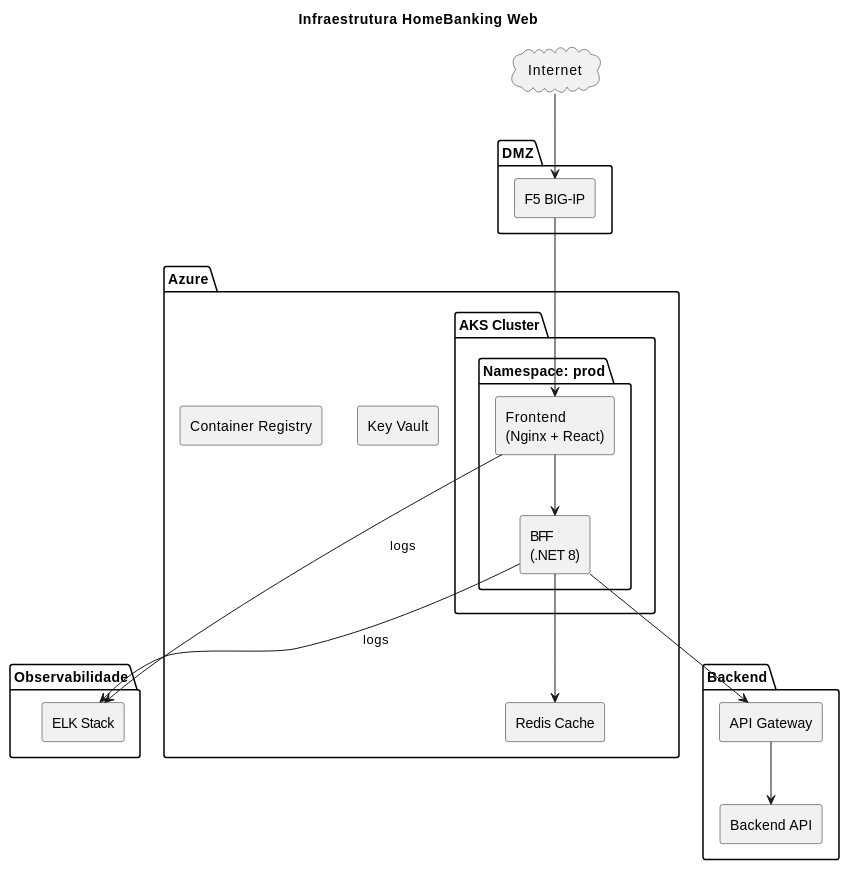
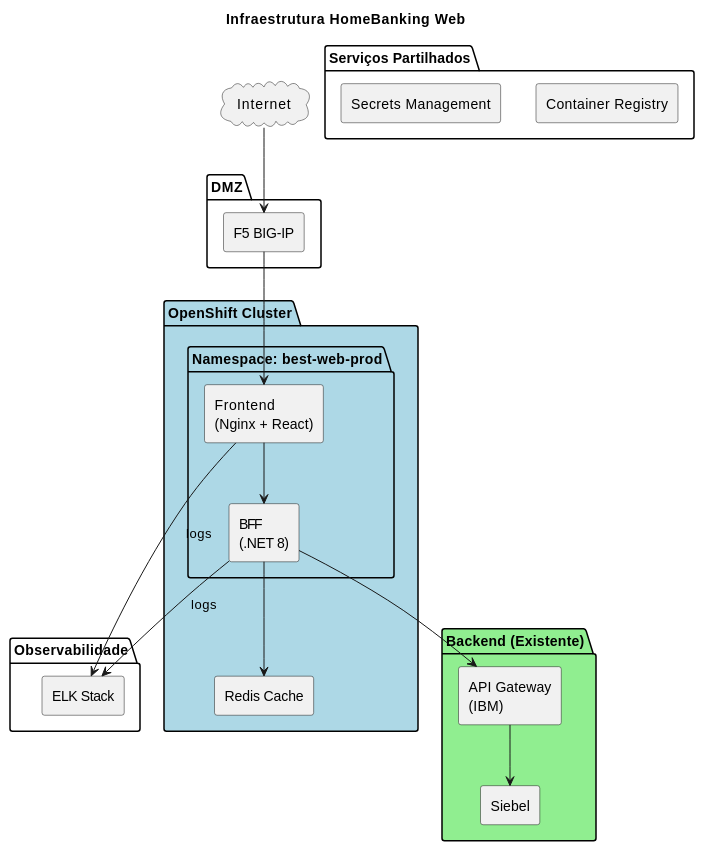
The diagram in current/sections/SEC-10-arquitetura-operacional.md (beduardo/novobanco_website_doc), drawn with PlantUML before and after one commit. The commit also changed other lines of this file, not shown here.

Commit message:
Openshift definido como cluster principal.

````diff
--- a/current/sections/SEC-10-arquitetura-operacional.md
+++ b/current/sections/SEC-10-arquitetura-operacional.md
@@ -36,46 +36,47 @@
 ```plantuml
 @startuml
 skinparam componentStyle rectangle
 skinparam backgroundColor white
 
 title Infraestrutura HomeBanking Web
 
 cloud "Internet" as NET
 
 package "DMZ" {
   [F5 BIG-IP] as LB
 }
 
-package "Azure" {
-  package "AKS Cluster" {
-    package "Namespace: prod" {
-      [Frontend\n(Nginx + React)] as FE
-      [BFF\n(.NET 8)] as BFF
-    }
+package "OpenShift Cluster" #LightBlue {
+  package "Namespace: best-web-prod" {
+    [Frontend\n(Nginx + React)] as FE
+    [BFF\n(.NET 8)] as BFF
   }
 
   [Redis Cache] as REDIS
-  [Key Vault] as KV
-  [Container Registry] as ACR
+}
+
+package "Serviços Partilhados" {
+  [Container Registry] as REG
+  [Secrets Management] as SEC
 }
 
 package "Observabilidade" {
   [ELK Stack] as ELK
 }
 
-package "Backend" {
-  [API Gateway] as GW
-  [Backend API] as API
+package "Backend (Existente)" #LightGreen {
+  [API Gateway\n(IBM)] as GW
+  [Siebel] as API
 }
 
 NET --> LB
 LB --> FE
 FE --> BFF
 BFF --> REDIS
 BFF --> GW
 GW --> API
 FE --> ELK : logs
 BFF --> ELK : logs
 
 @enduml
 ```
````
